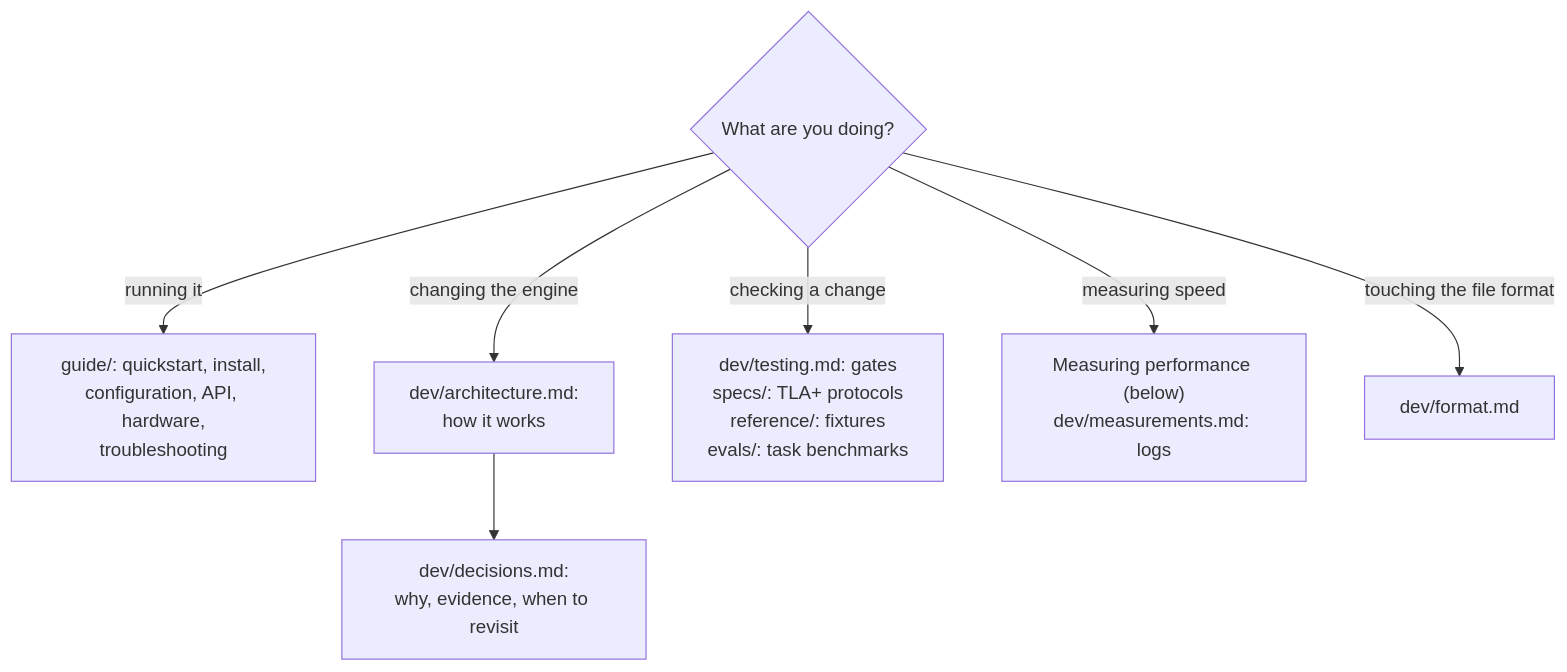
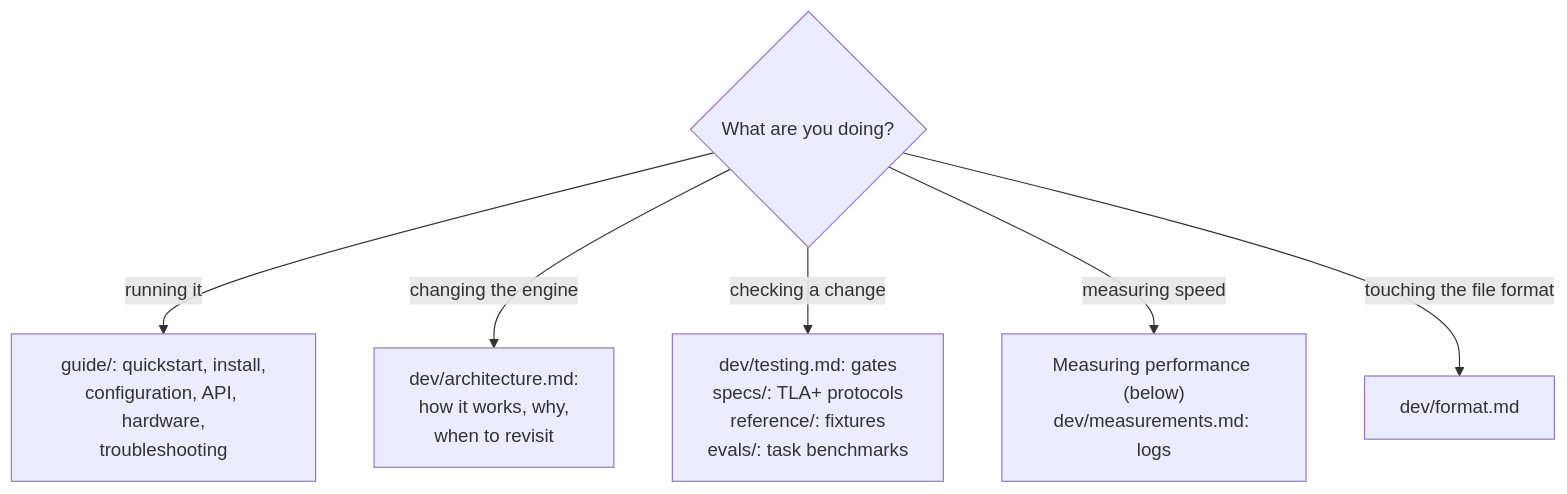
The diagram in projects/oom-inference/docs/dev/README.md (jomcgi-org/homelab), drawn with Mermaid before and after one commit. The commit also changed other lines of this file and 6 other files, not shown here.

First line of the commit message:
docs(oom-inference): fold decision records into architecture Why paragraphs

````diff
--- a/projects/oom-inference/docs/dev/README.md
+++ b/projects/oom-inference/docs/dev/README.md
@@ -9,10 +9,9 @@
 ```mermaid
 flowchart TD
   Q{"What are you doing?"}
   Q -- "running it" --> G["guide/: quickstart, install,<br/>configuration, API, hardware,<br/>troubleshooting"]
-  Q -- "changing the engine" --> A["dev/architecture.md:<br/>how it works"]
-  A --> D["dev/decisions.md:<br/>why, evidence, when to revisit"]
+  Q -- "changing the engine" --> A["dev/architecture.md:<br/>how it works, why,<br/>when to revisit"]
   Q -- "checking a change" --> T["dev/testing.md: gates<br/>specs/: TLA+ protocols<br/>reference/: fixtures<br/>evals/: task benchmarks"]
   Q -- "measuring speed" --> M["Measuring performance (below)<br/>dev/measurements.md: logs"]
   Q -- "touching the file format" --> F["dev/format.md"]
 ```
````
